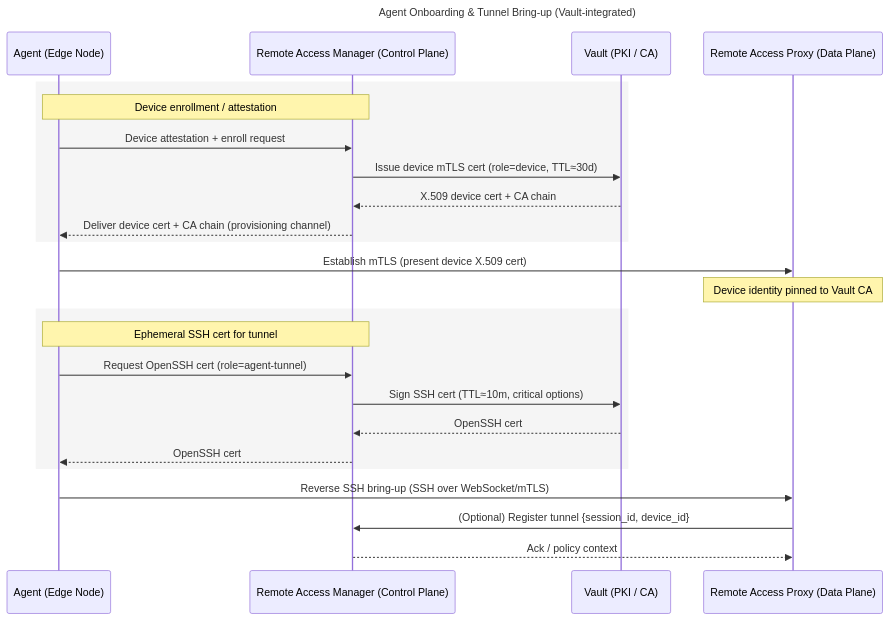
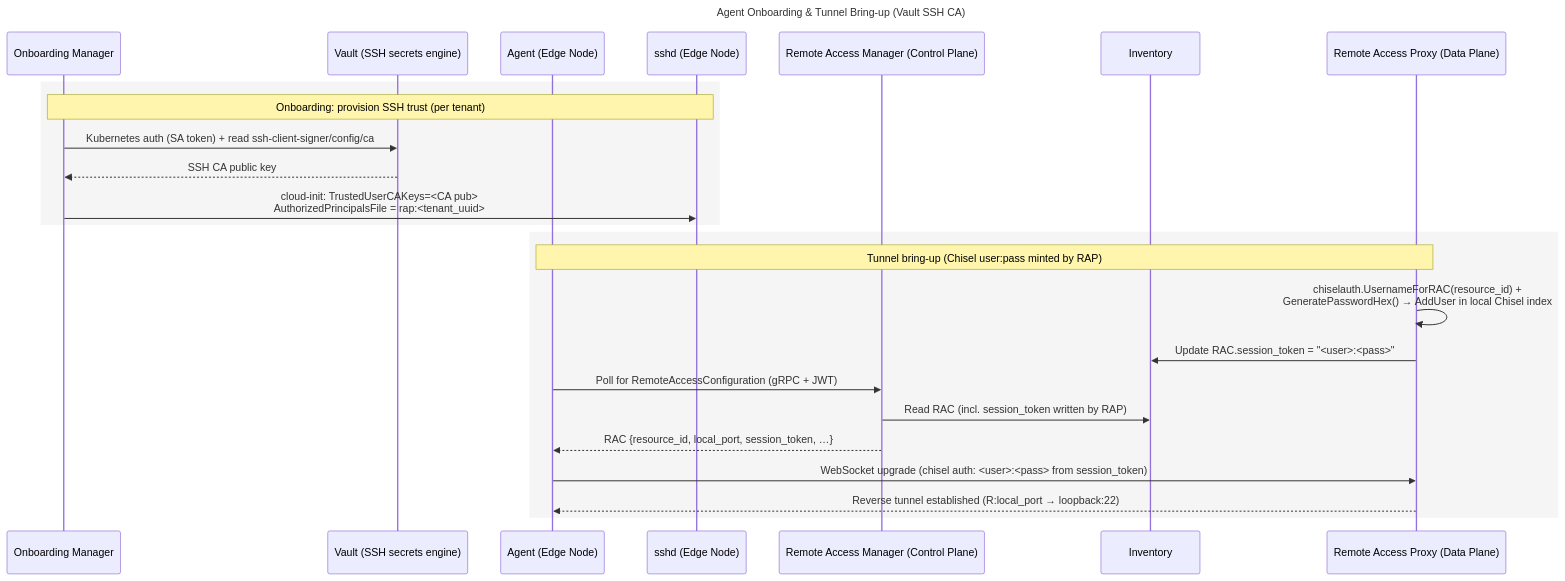
The first of 2 diagrams in design-proposals/reverse-proxy-to-edge-devices.md (Wflikeit/edge-manageability-framework), drawn with Mermaid before and after one commit. The commit also changed other lines of this file, not shown here.

````diff
--- a/design-proposals/reverse-proxy-to-edge-devices.md
+++ b/design-proposals/reverse-proxy-to-edge-devices.md
@@ -224,32 +419,30 @@
 ```mermaid
 sequenceDiagram
-title Agent Onboarding & Tunnel Bring-up (Vault-integrated)
+title Agent Onboarding & Tunnel Bring-up (Vault SSH CA)
 
+    participant OM as Onboarding Manager
+    participant VAULT as Vault (SSH secrets engine)
     participant AG as Agent (Edge Node)
+    participant SSHD as sshd (Edge Node)
     participant RAM as Remote Access Manager (Control Plane)
-    participant VAULT as Vault (PKI / CA)
+    participant INV as Inventory
     participant RAP as Remote Access Proxy (Data Plane)
 
     rect rgb(245,245,245)
-    note over AG,RAM: Device enrollment / attestation
-    AG->>RAM: Device attestation + enroll request
-    RAM->>VAULT: Issue device mTLS cert (role=device, TTL≈30d)
-    VAULT-->>RAM: X.509 device cert + CA chain
-    RAM-->>AG: Deliver device cert + CA chain (provisioning channel)
+    note over OM,SSHD: Onboarding: provision SSH trust (per tenant)
+    OM->>VAULT: Kubernetes auth (SA token) + read ssh-client-signer/config/ca
+    VAULT-->>OM: SSH CA public key
+    OM->>SSHD: cloud-init: TrustedUserCAKeys=<CA pub><br/>AuthorizedPrincipalsFile = rap:<tenant_uuid>
     end
 
-    AG->>RAP: Establish mTLS (present device X.509 cert)
-    note over RAP: Device identity pinned to Vault CA
-
     rect rgb(245,245,245)
-    note over AG,RAM: Ephemeral SSH cert for tunnel
-    AG->>RAM: Request OpenSSH cert (role=agent-tunnel)
-    RAM->>VAULT: Sign SSH cert (TTL≈10m, critical options)
-    VAULT-->>RAM: OpenSSH cert
-    RAM-->>AG: OpenSSH cert
+    note over AG,RAP: Tunnel bring-up (Chisel user:pass minted by RAP)
+    RAP->>RAP: chiselauth.UsernameForRAC(resource_id) +<br/>GeneratePasswordHex() → AddUser in local Chisel index
+    RAP->>INV: Update RAC.session_token = "<user>:<pass>"
+    AG->>RAM: Poll for RemoteAccessConfiguration (gRPC + JWT)
+    RAM->>INV: Read RAC (incl. session_token written by RAP)
+    RAM-->>AG: RAC {resource_id, local_port, session_token, …}
+    AG->>RAP: WebSocket upgrade (chisel auth: <user>:<pass> from session_token)
+    RAP-->>AG: Reverse tunnel established (R:local_port → loopback:22)
     end
-
-    AG->>RAP: Reverse SSH bring-up (SSH over WebSocket/mTLS)
-    RAP->>RAM: (Optional) Register tunnel {session_id, device_id}
-    RAM-->>RAP: Ack / policy context
 ```
````
